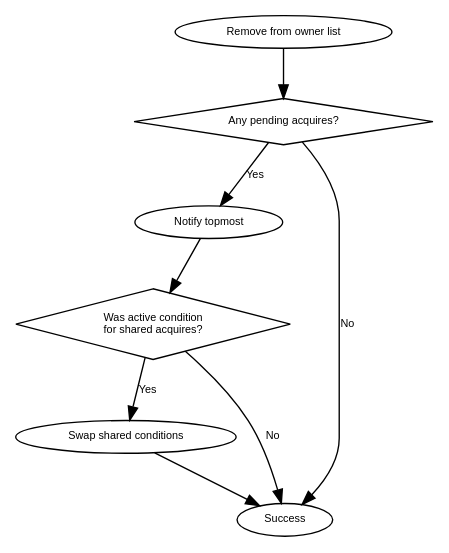
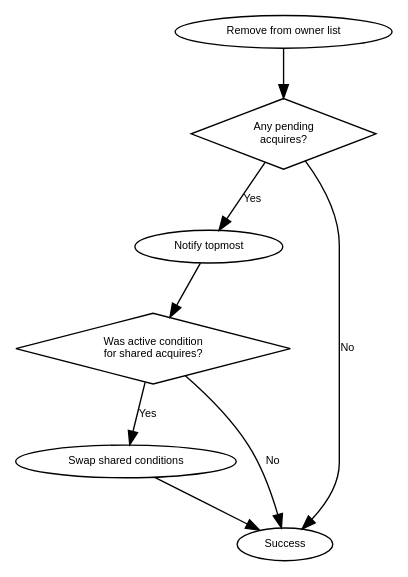
The diagram in doc/design-2.1-lock-release.dot (ganeti/ganeti), drawn with Graphviz before and after one commit. The commit also changed 5 other files, not shown here.

```diff
--- a/doc/design-2.1-lock-release.dot
+++ b/doc/design-2.1-lock-release.dot
@@ -1,31 +1,31 @@
 digraph "design-2.1-lock-release" {
   graph[fontsize=8, fontname="Helvetica"]
   node[fontsize=8, fontname="Helvetica", width="0", height="0"]
   edge[fontsize=8, fontname="Helvetica"]
 
   /* Actions */
   remove_from_owners[label="Remove from owner list"]
   notify[label="Notify topmost"]
   swap_shared[label="Swap shared conditions"]
   success[label="Success"]
 
   /* Conditions */
-  have_pending[label="Any pending acquires?", shape=diamond]
+  have_pending[label="Any pending\nacquires?", shape=diamond]
   was_active_queue[
     label="Was active condition\nfor shared acquires?",
     shape=diamond,
     ]
 
   /* Lines */
   remove_from_owners->have_pending
 
   have_pending->notify[label="Yes"]
   have_pending->success[label="No"]
 
   notify->was_active_queue
 
   was_active_queue->swap_shared[label="Yes"]
   was_active_queue->success[label="No"]
 
   swap_shared->success
 }
```
